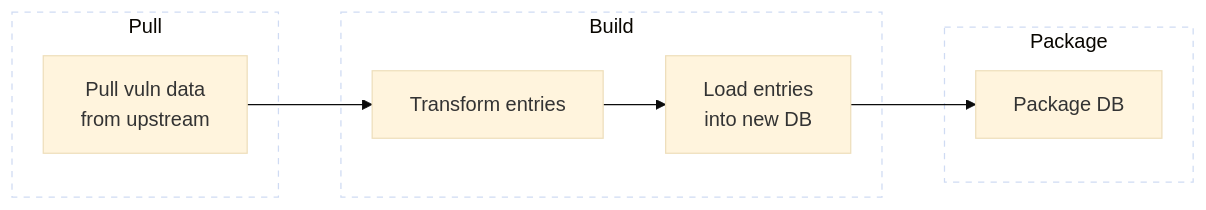
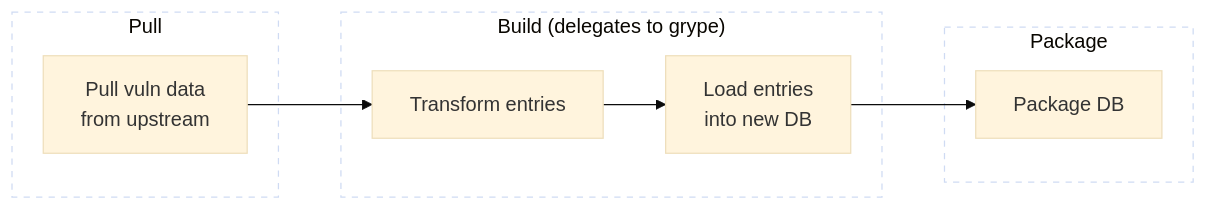
One commit to anchore-oss-update-bot/oss-docs changed the first of 4 diagrams in content/docs/architecture/grype-db.md. Above: the diagram before and after it, drawn with Mermaid (base theme). The commit also changed other lines of this file and 6 other files, not shown here.

First line of the commit message:
docs: update architecture for grype-db library migration to grype (#136)

````diff
--- a/content/docs/architecture/grype-db.md
+++ b/content/docs/architecture/grype-db.md
@@ -14,21 +14,21 @@
 ```mermaid
 flowchart LR
     subgraph pull["Pull"]
         A[Pull vuln data<br/>from upstream]
     end
 
-    subgraph build["Build"]
+    subgraph build["Build (delegates to grype)"]
         B[Transform entries]
         C[Load entries<br/>into new DB]
     end
 
     subgraph package["Package"]
         D[Package DB]
     end
 
     A --> B --> C --> D
 
     style pull stroke-dasharray: 5 5, fill:none
     style build stroke-dasharray: 5 5, fill:none
     style package stroke-dasharray: 5 5, fill:none
 ```
````
